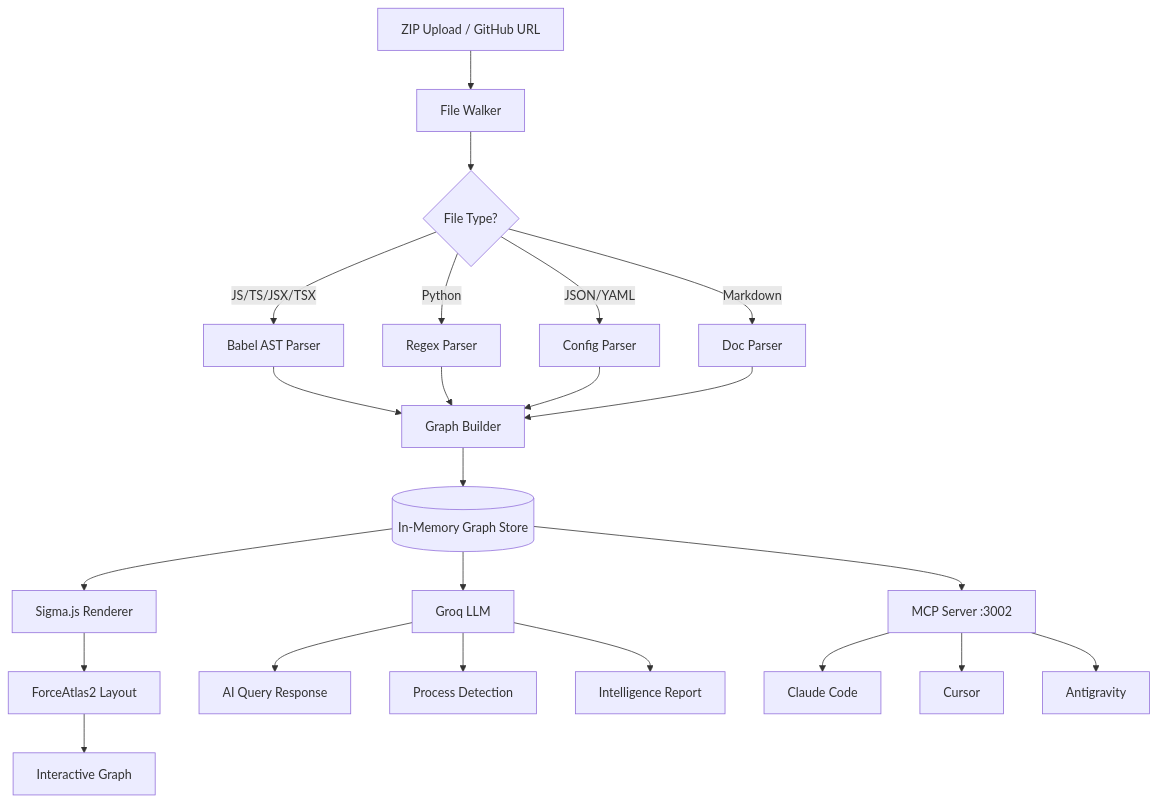
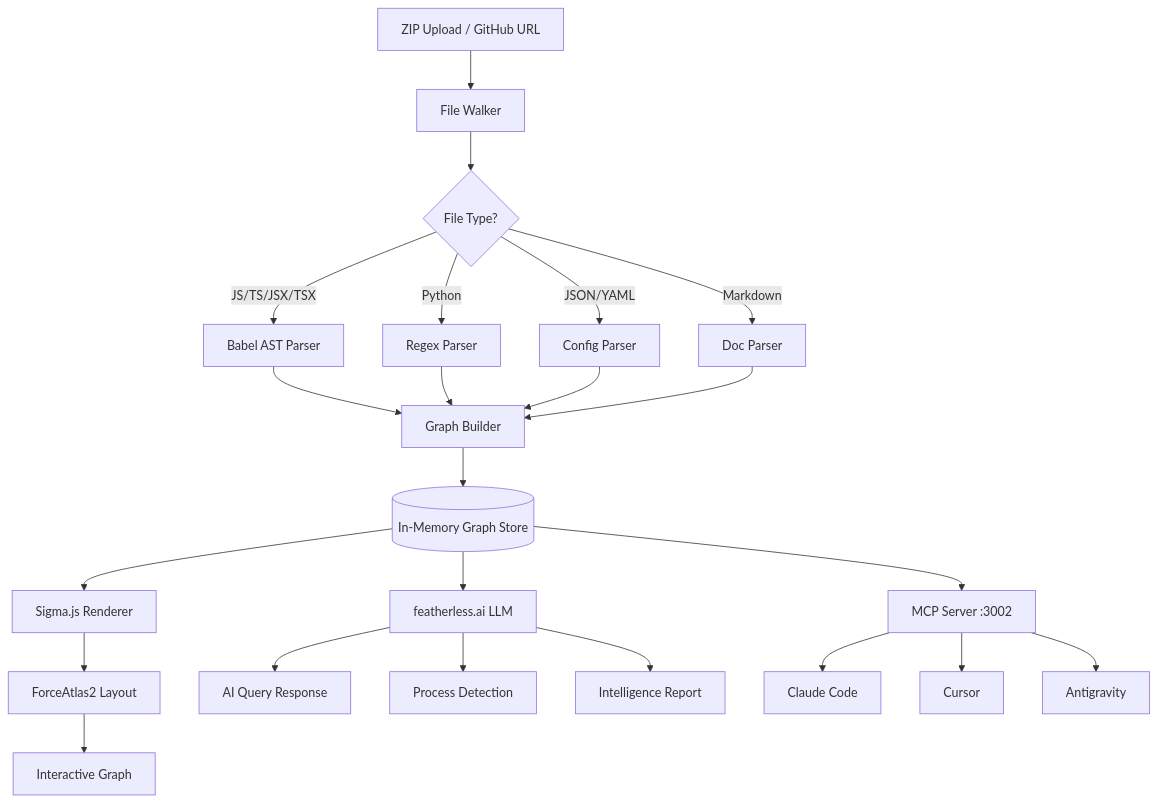
Before and after one commit to LAZYGENIUS69/VECTRON: the diagram in docs/ARCHITECTURE.md, drawn with Mermaid. The commit also changed other lines of this file and 6 other files, not shown here.

````diff
--- a/docs/ARCHITECTURE.md
+++ b/docs/ARCHITECTURE.md
@@ -11,25 +11,25 @@
 ```mermaid
 flowchart TD
     A[ZIP Upload / GitHub URL] --> B[File Walker]
     B --> C{File Type?}
     C -->|JS/TS/JSX/TSX| D[Babel AST Parser]
     C -->|Python| E[Regex Parser]
     C -->|JSON/YAML| F[Config Parser]
     C -->|Markdown| G[Doc Parser]
     D --> H[Graph Builder]
     E --> H
     F --> H
     G --> H
     H --> I[(In-Memory Graph Store)]
     I --> J[Sigma.js Renderer]
-    I --> K[Groq LLM]
+    I --> K[featherless.ai LLM]
     I --> L[MCP Server :3002]
     J --> M[ForceAtlas2 Layout]
     M --> N[Interactive Graph]
     K --> O[AI Query Response]
     K --> P[Process Detection]
     K --> Q[Intelligence Report]
     L --> R[Claude Code]
     L --> S[Cursor]
     L --> T[Antigravity]
 ```
````
